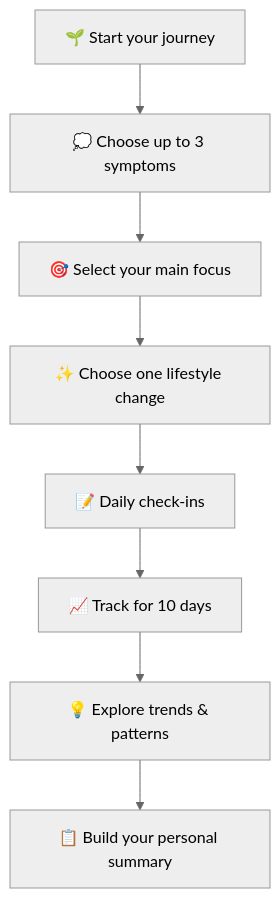
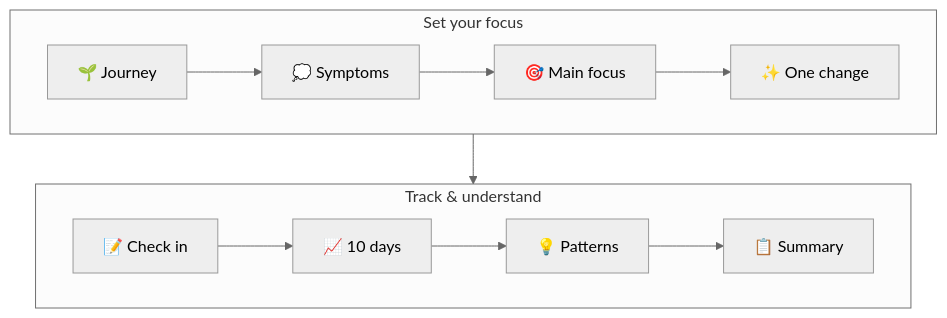
Before and after one commit to Huth-P/vitality-flow-splash: the diagram in README.md, drawn with Mermaid (neutral theme).

Commit message:
Update flowchart in README for clarity

````diff
--- a/README.md
+++ b/README.md
@@ -29,10 +29,14 @@
 ```mermaid
-flowchart TD
-    A["🌱 Start your journey"] --> B["💭 Choose up to 3 symptoms"]
-    B --> C["🎯 Select your main focus"]
-    C --> D["✨ Choose one lifestyle change"]
-    D --> E["📝 Daily check-ins"]
-    E --> F["📈 Track for 10 days"]
-    F --> G["💡 Explore trends & patterns"]
-    G --> H["📋 Build your personal summary"]
+flowchart TB
+    subgraph A["Set your focus"]
+        direction LR
+        A1["🌱 Journey"] --> A2["💭 Symptoms"] --> A3["🎯 Main focus"] --> A4["✨ One change"]
+    end
+
+    subgraph B["Track & understand"]
+        direction LR
+        B1["📝 Check in"] --> B2["📈 10 days"] --> B3["💡 Patterns"] --> B4["📋 Summary"]
+    end
+
+    A4 --> B1
 ```
````
